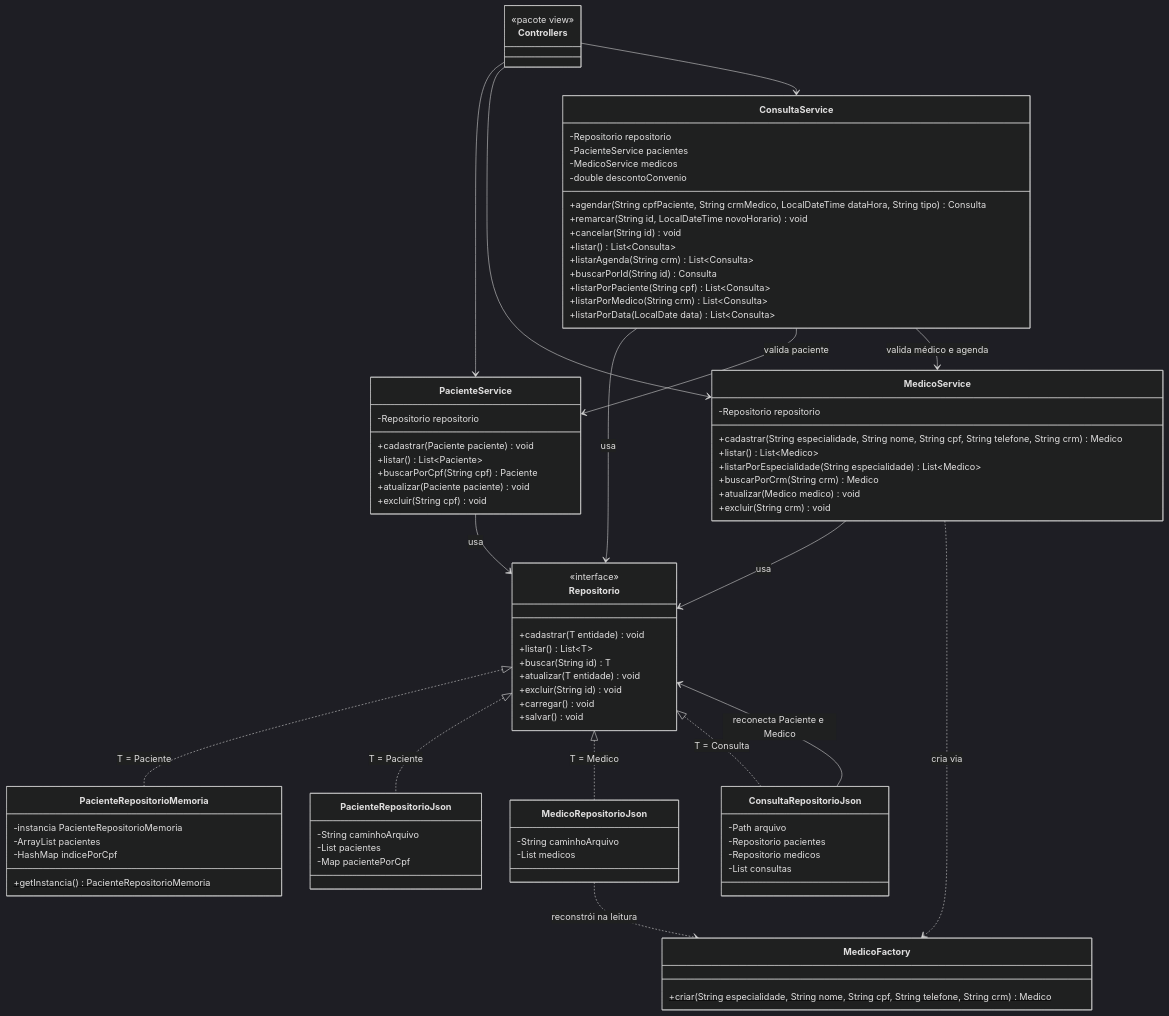
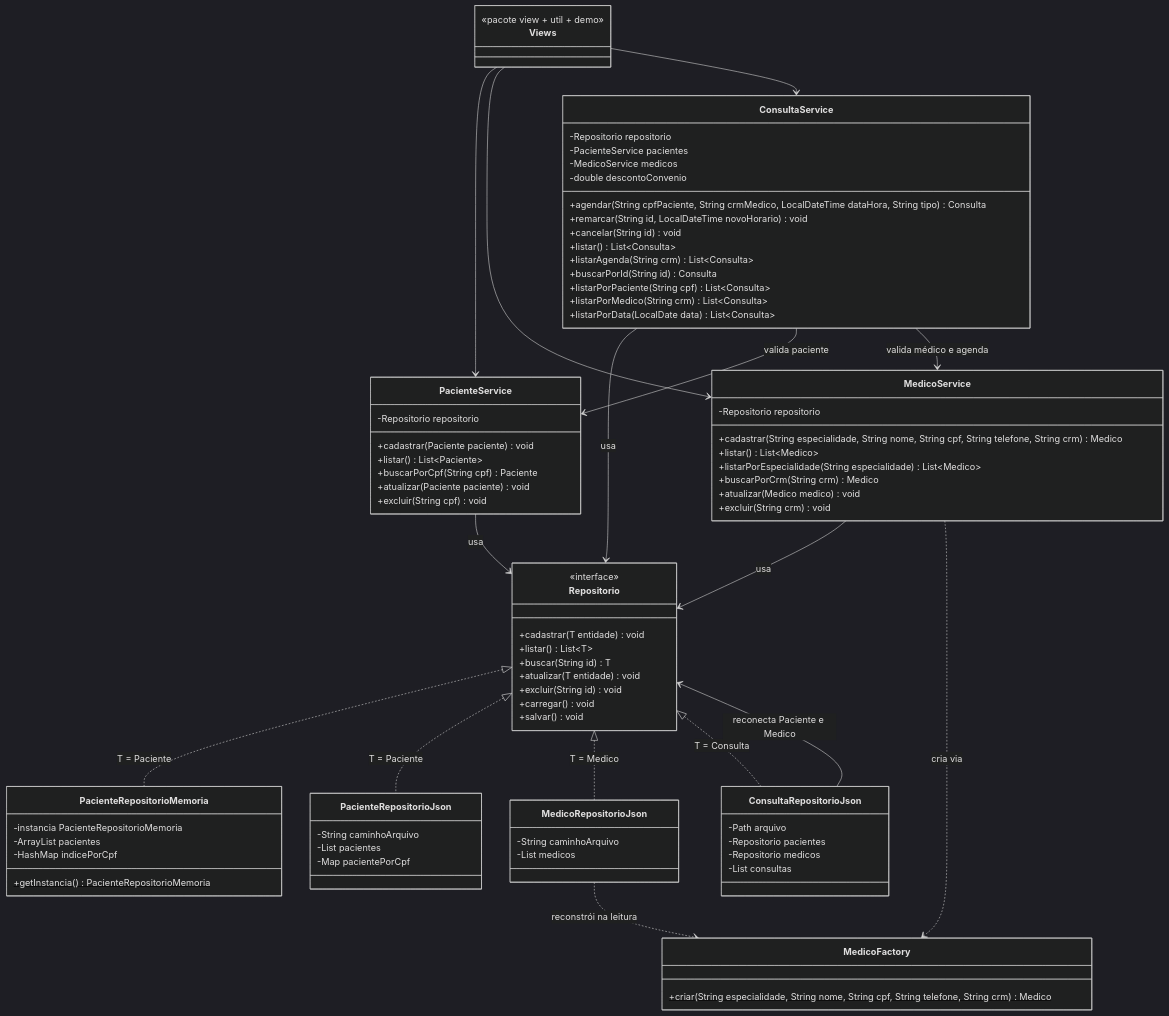
The second of 2 diagrams in README.md (mfernanda2218/sistema-clinico), drawn with Mermaid (dark theme) before and after one commit. The commit also changed other lines of this file and 1 other file, not shown here.

````diff
--- a/README.md
+++ b/README.md
@@ -256,8 +345,8 @@
         +criar(String especialidade, String nome, String cpf, String telefone, String crm)$ Medico
     }
  
-    class Controllers {
-        <<pacote view>>
+    class Views {
+        <<pacote view + util + demo>>
     }
  
     Repositorio <|.. PacienteRepositorioMemoria : T = Paciente
@@ -276,7 +365,7 @@
     MedicoService ..> MedicoFactory : cria via
     MedicoRepositorioJson ..> MedicoFactory : reconstrói na leitura
  
-    Controllers --> PacienteService
-    Controllers --> MedicoService
-    Controllers --> ConsultaService
+    Views --> PacienteService
+    Views --> MedicoService
+    Views --> ConsultaService
 ```
````
